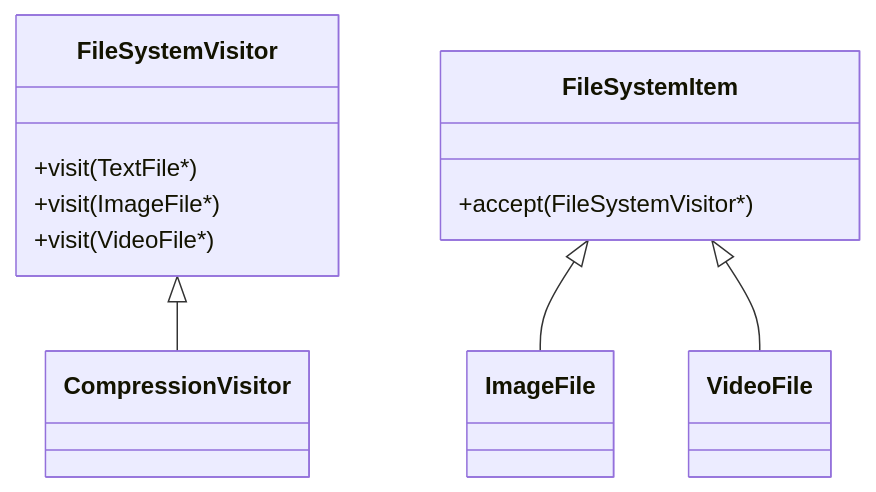
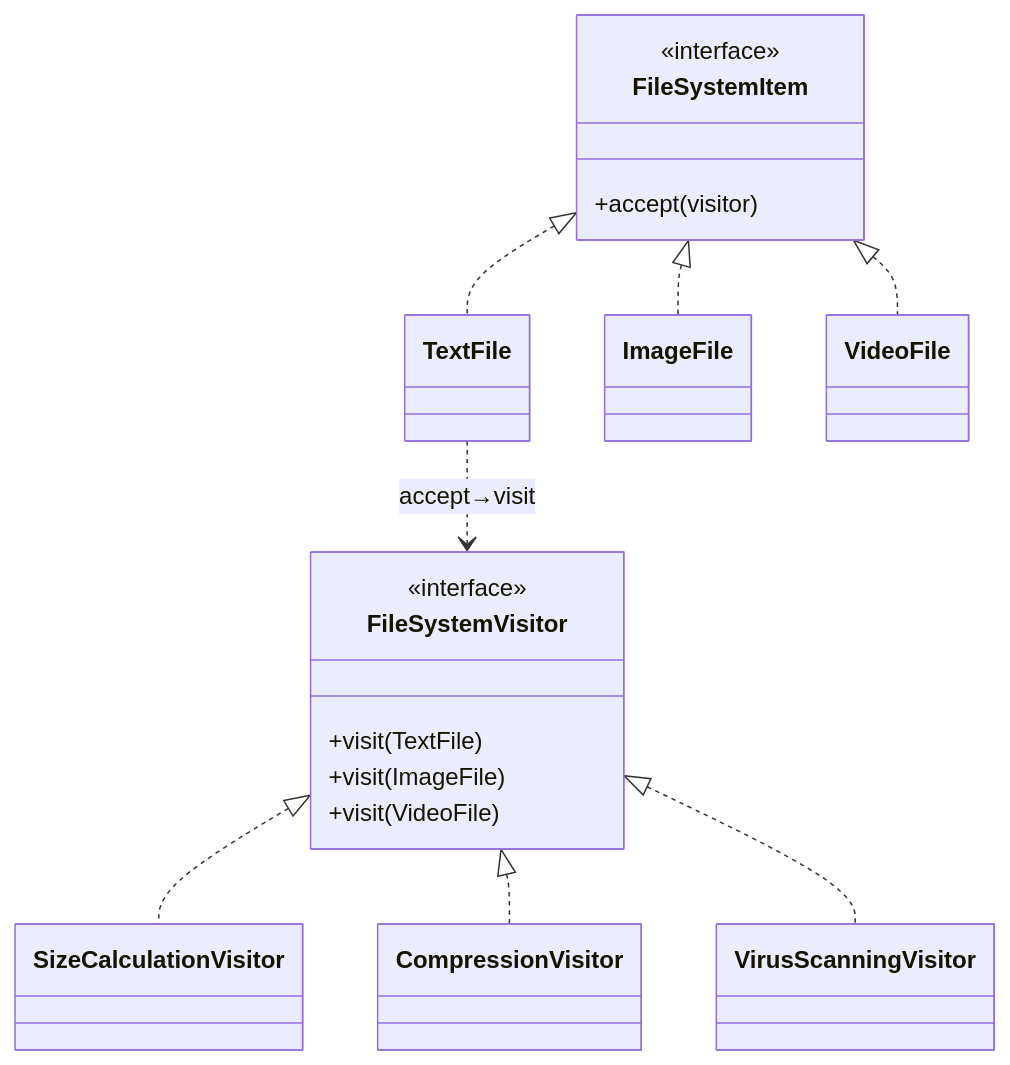
The diagram in L38 Visitor_design_pattern/README.md (subhm2004/LLD), drawn with Mermaid before and after one commit. The commit also changed other lines of this file and 12 other files, not shown here.

````diff
--- a/L38 Visitor_design_pattern/README.md
+++ b/L38 Visitor_design_pattern/README.md
@@ -68,14 +233,27 @@
 ```mermaid
 classDiagram
+    class FileSystemItem {
+        <<interface>>
+        +accept(visitor)
+    }
     class FileSystemVisitor {
-        +visit(TextFile*)
-        +visit(ImageFile*)
-        +visit(VideoFile*)
+        <<interface>>
+        +visit(TextFile)
+        +visit(ImageFile)
+        +visit(VideoFile)
     }
-    class FileSystemItem {
-        +accept(FileSystemVisitor*)
-    }
-    FileSystemItem <|-- ImageFile
-    FileSystemItem <|-- VideoFile
-    FileSystemVisitor <|-- CompressionVisitor
+    class TextFile
+    class ImageFile
+    class VideoFile
+    class SizeCalculationVisitor
+    class CompressionVisitor
+    class VirusScanningVisitor
+
+    FileSystemItem <|.. TextFile
+    FileSystemItem <|.. ImageFile
+    FileSystemItem <|.. VideoFile
+    FileSystemVisitor <|.. SizeCalculationVisitor
+    FileSystemVisitor <|.. CompressionVisitor
+    FileSystemVisitor <|.. VirusScanningVisitor
+    TextFile ..> FileSystemVisitor : accept→visit
 ```
````
